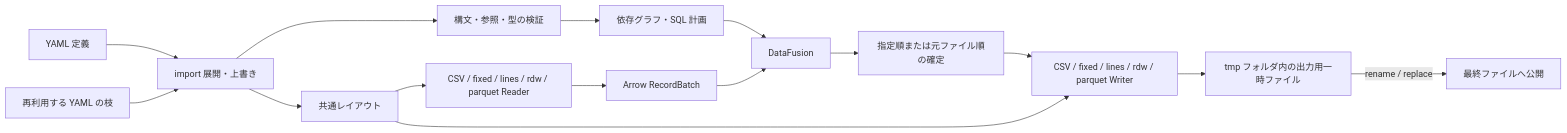
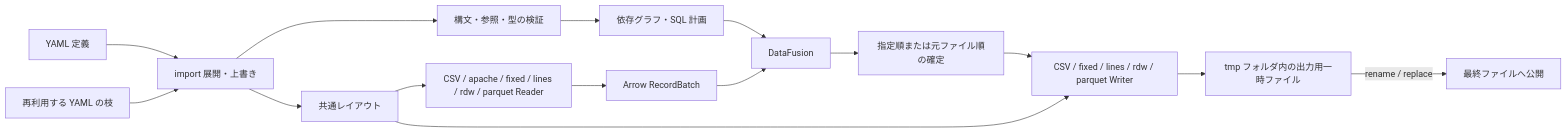
The diagram in docs/SPEC.md (hidekatsu-izuno/dxtran), drawn with Mermaid before and after one commit. The commit also changed other lines of this file and 56 other files, not shown here.

````diff
--- a/docs/SPEC.md
+++ b/docs/SPEC.md
@@ -37,17 +37,17 @@
 ```mermaid
 flowchart LR
     Y[YAML 定義] --> I[import 展開・上書き]
     F[再利用する YAML の枝] --> I
     I --> V[構文・参照・型の検証]
     I --> L[共通レイアウト]
     V --> P[依存グラフ・SQL 計画]
-    L --> R[CSV / fixed / lines / rdw / parquet Reader]
+    L --> R[CSV / apache / fixed / lines / rdw / parquet Reader]
     R --> A[Arrow RecordBatch]
     A --> D[DataFusion]
     P --> D
     D --> S[指定順または元ファイル順の確定]
     S --> W[CSV / fixed / lines / rdw / parquet Writer]
     L --> W
     W --> T[tmp フォルダ内の出力用一時ファイル]
     T -->|rename / replace| O[最終ファイルへ公開]
 ```
````
